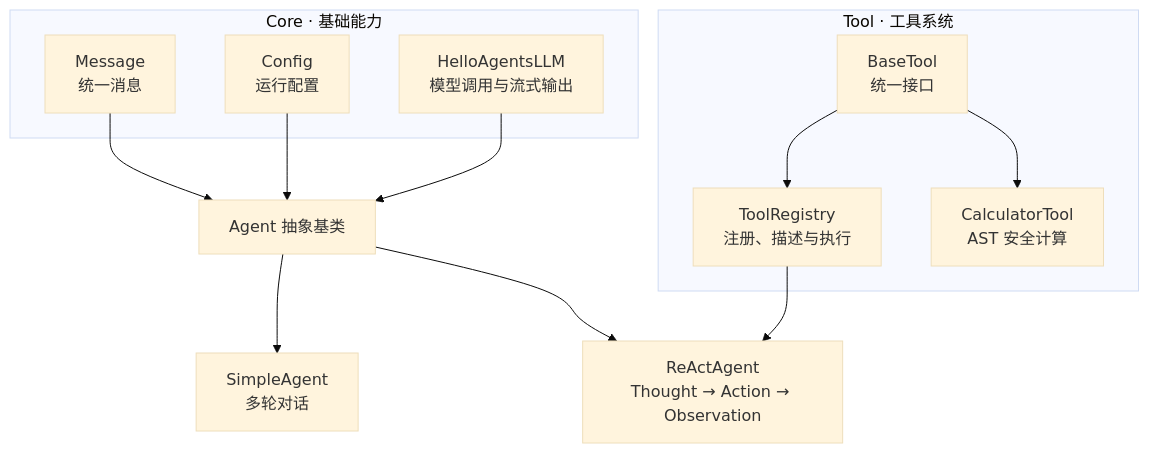
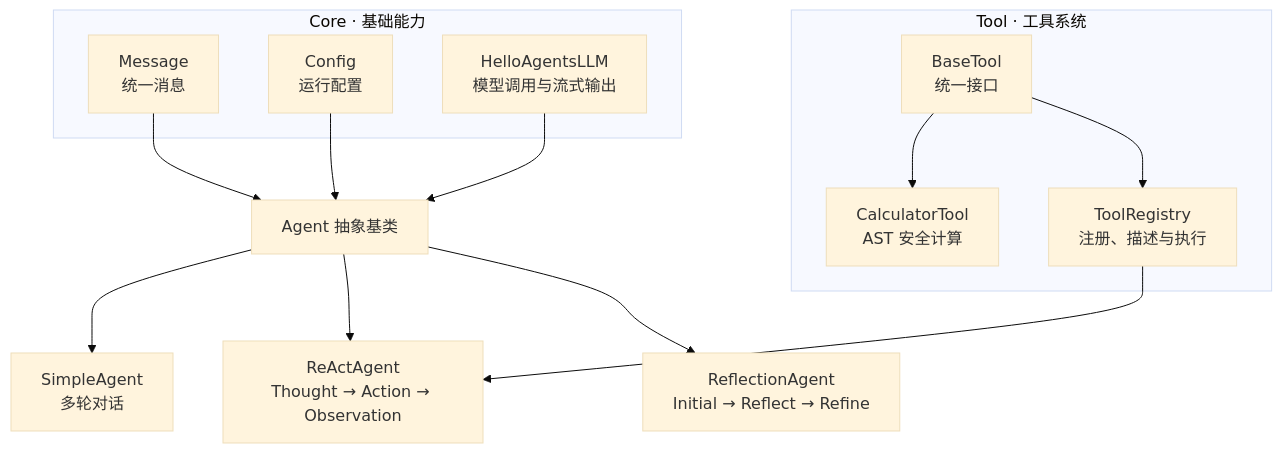
The second of 2 diagrams in README.md (lizhuofan-curry/hello-agents-learning-lab), drawn with Mermaid (base theme) before and after one commit. The commit also changed other lines of this file, not shown here.

Commit message:
docs: add ReflectionAgent progress

````diff
--- a/README.md
+++ b/README.md
@@ -51,27 +51,29 @@
 ```mermaid
 flowchart TB
     subgraph Core[Core · 基础能力]
         Message[Message<br/>统一消息]
         Config[Config<br/>运行配置]
         LLM[HelloAgentsLLM<br/>模型调用与流式输出]
     end
 
     AgentBase[Agent 抽象基类]
     Simple[SimpleAgent<br/>多轮对话]
     ReAct[ReActAgent<br/>Thought → Action → Observation]
+    Reflection[ReflectionAgent<br/>Initial → Reflect → Refine]
 
     subgraph Tools[Tool · 工具系统]
         BaseTool[BaseTool<br/>统一接口]
         Registry[ToolRegistry<br/>注册、描述与执行]
         Calculator[CalculatorTool<br/>AST 安全计算]
     end
 
     Message --> AgentBase
     Config --> AgentBase
     LLM --> AgentBase
     AgentBase --> Simple
     AgentBase --> ReAct
+    AgentBase --> Reflection
     BaseTool --> Calculator
     BaseTool --> Registry
     Registry --> ReAct
 ```
````
